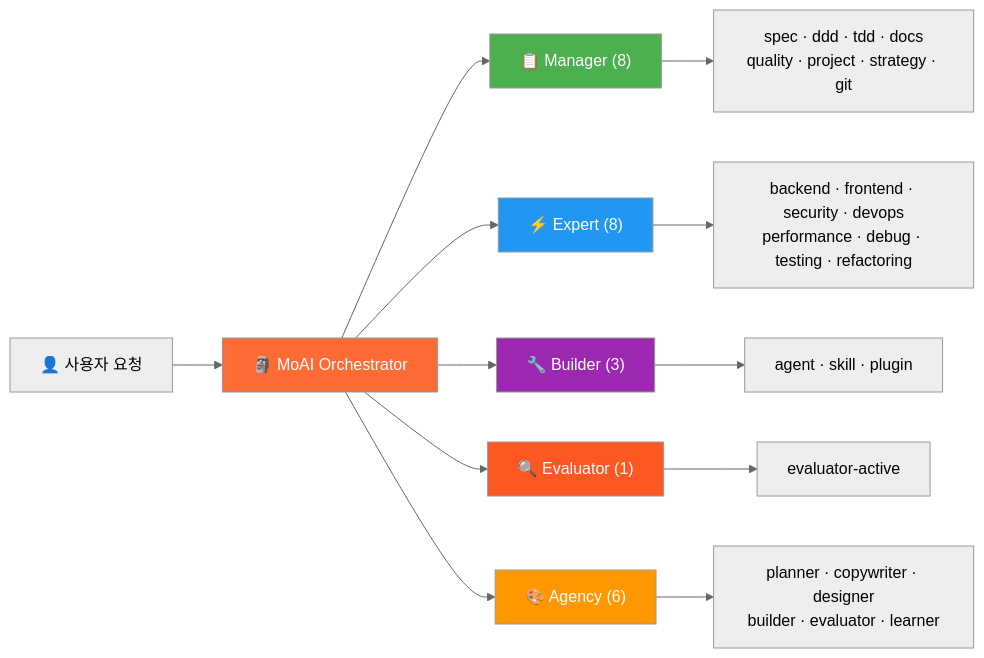
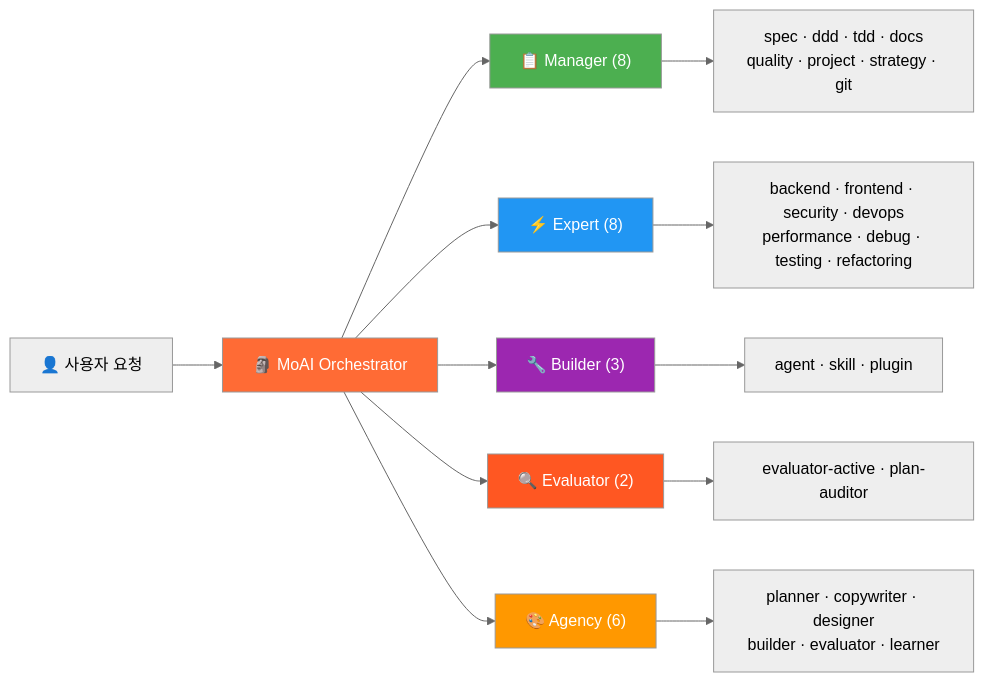
One commit to modu-ai/moai-adk changed the third of 10 diagrams in README.ko.md. Above: the diagram before and after it, drawn with Mermaid (neutral theme). The commit also changed other lines of this file and 76 other files, not shown here.

````diff
--- a/README.ko.md
+++ b/README.ko.md
@@ -263,23 +263,23 @@
 ```mermaid
 graph LR
     U["👤 사용자 요청"] --> M["🗿 MoAI Orchestrator"]
 
     M --> MG["📋 Manager (8)"]
     M --> EX["⚡ Expert (8)"]
     M --> BL["🔧 Builder (3)"]
-    M --> EV["🔍 Evaluator (1)"]
+    M --> EV["🔍 Evaluator (2)"]
     M --> AG["🎨 Agency (6)"]
 
     MG --> MG1["spec · ddd · tdd · docs<br/>quality · project · strategy · git"]
     EX --> EX1["backend · frontend · security · devops<br/>performance · debug · testing · refactoring"]
     BL --> BL1["agent · skill · plugin"]
-    EV --> EV1["evaluator-active"]
+    EV --> EV1["evaluator-active · plan-auditor"]
     AG --> AG1["planner · copywriter · designer<br/>builder · evaluator · learner"]
 
     style M fill:#FF6B35,color:#fff
     style MG fill:#4CAF50,color:#fff
     style EX fill:#2196F3,color:#fff
     style BL fill:#9C27B0,color:#fff
     style EV fill:#FF5722,color:#fff
     style AG fill:#FF9800,color:#fff
 ```
````
